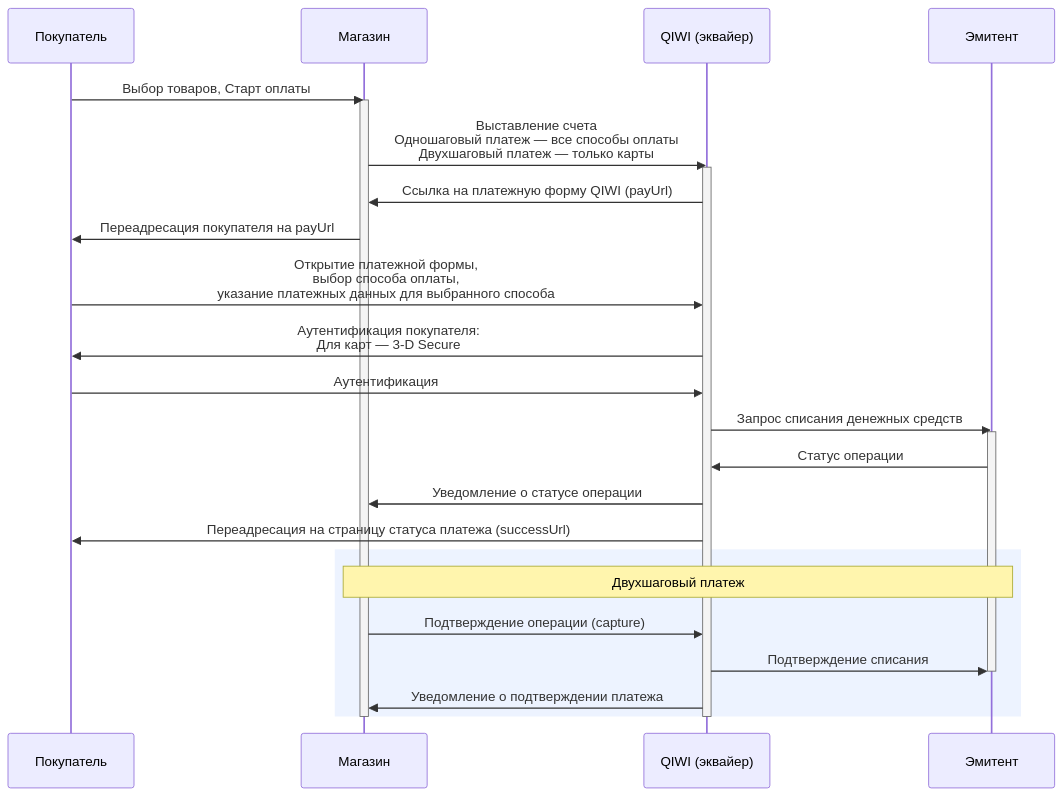
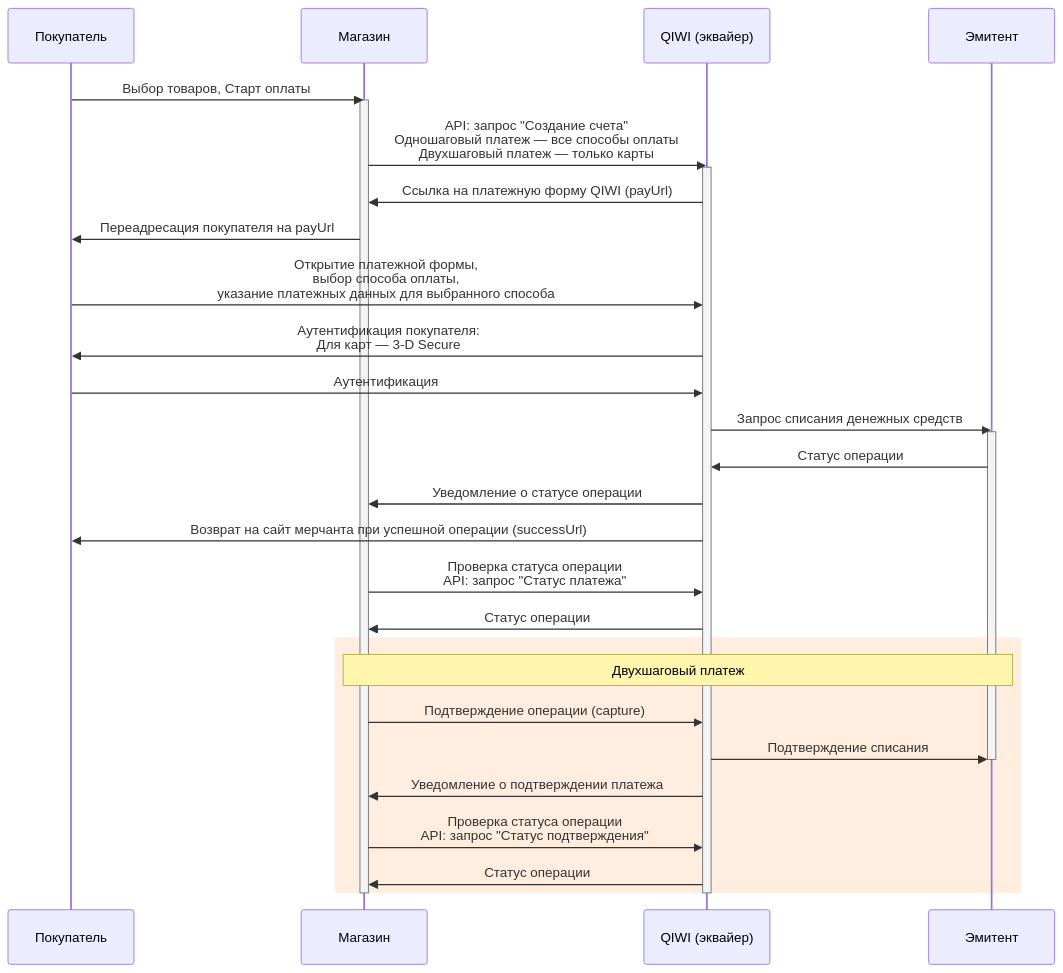
The diagram in _qiwi-form_ru.html.md (QIWI-API/payments-docs), drawn with Mermaid before and after one commit. The commit also changed other lines of this file and 17 other files, not shown here.

```diff
--- a/_qiwi-form_ru.html.md
+++ b/_qiwi-form_ru.html.md
@@ -13,30 +13,34 @@
 <div class="mermaid">
 sequenceDiagram
 participant customer as Покупатель
 participant store as Магазин
 participant qb as QIWI (эквайер)
 participant ips as Эмитент
 customer->>store:Выбор товаров, Старт оплаты
 activate store
-store->>qb:Выставление счета<br/>Одношаговый платеж — все способы оплаты<br/>Двухшаговый платеж — только карты
+store->>qb:API: запрос "Создание счета"<br/>Одношаговый платеж — все способы оплаты<br/>Двухшаговый платеж — только карты
 activate qb
 qb->>store:Ссылка на платежную форму QIWI (payUrl)
 store->>customer:Переадресация покупателя на payUrl
 customer->>qb:Открытие платежной формы,<br/>выбор способа оплаты,<br/>указание платежных данных для выбранного способа
 qb->>customer:Аутентификация покупателя:<br/>Для карт — 3-D Secure
 customer->>qb:Аутентификация
 qb->>ips:Запрос списания денежных средств
 activate ips
 ips->>qb:Статус операции
 qb->>store:Уведомление о статусе операции
-qb->>customer: Переадресация на страницу статуса платежа (successUrl)
-rect rgb(237, 243, 255)
+qb->>customer: Возврат на сайт мерчанта при успешной операции (successUrl)
+store->>qb: Проверка статуса операции<br/>API: запрос "Статус платежа"
+qb->>store: Статус операции
+rect rgb(255, 238, 223)
 Note over store, ips:Двухшаговый платеж
 store->>qb:Подтверждение операции (capture)
 qb->>ips:Подтверждение списания
 deactivate ips
 qb->>store:Уведомление о подтверждении платежа
+store->>qb: Проверка статуса операции<br/>API: запрос "Статус подтверждения"
+qb->>store: Статус операции
 end
 deactivate qb
 deactivate store
 </div>
```
